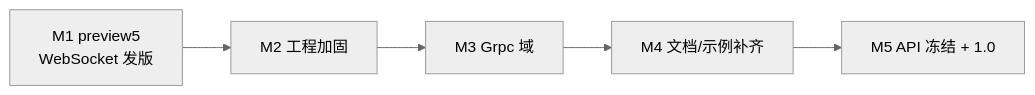
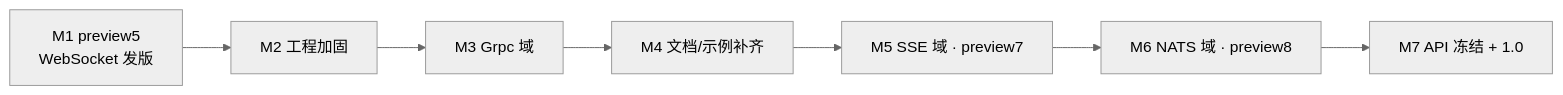
One commit to Skymly/Observables changed the diagram in docs/ROADMAP.md. Above: the diagram before and after it, drawn with Mermaid (neutral theme). The commit also changed other lines of this file and 66 other files, not shown here.

First line of the commit message:
Release 0.1.0-preview7 with SSE domain (14 packages).

````diff
--- a/docs/ROADMAP.md
+++ b/docs/ROADMAP.md
@@ -46,7 +48,9 @@
 ```mermaid
 graph LR
     M1[M1 preview5<br/>WebSocket 发版] --> M2[M2 工程加固]
     M2 --> M3[M3 Grpc 域]
     M3 --> M4[M4 文档/示例补齐]
-    M4 --> M5[M5 API 冻结 + 1.0]
+    M4 --> M5[M5 SSE 域 · preview7]
+    M5 --> M6[M6 NATS 域 · preview8]
+    M6 --> M7[M7 API 冻结 + 1.0]
 ```
````
